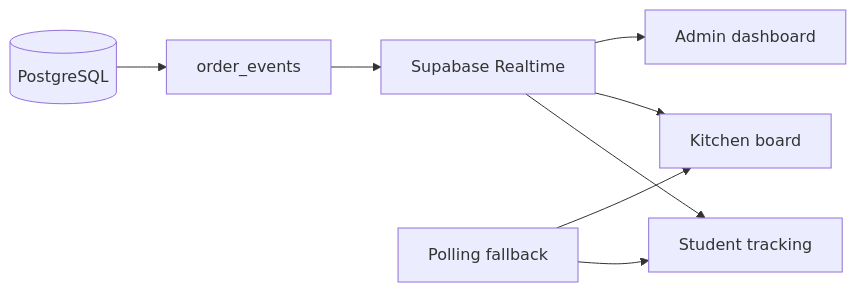
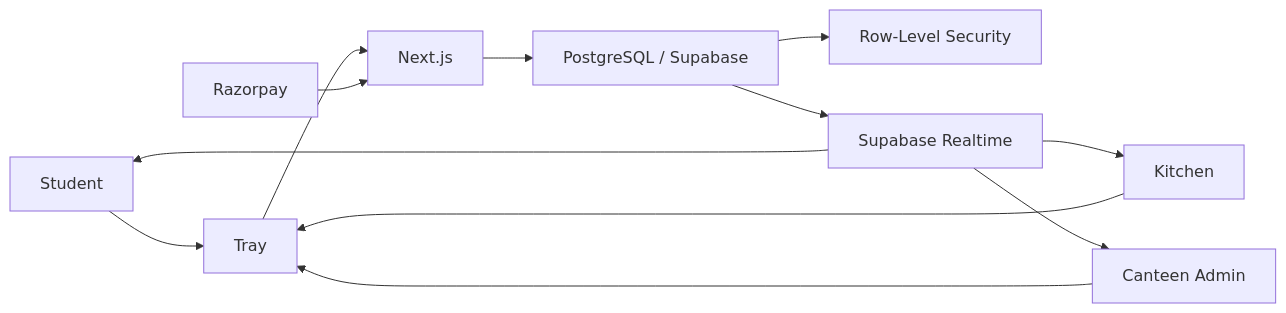
One commit to thribhuvan003/tray changed the first of 2 diagrams in README.md. Above: the diagram before and after it, drawn with Mermaid. The commit also changed other lines of this file, not shown here.

````diff
--- a/README.md
+++ b/README.md
@@ -397,21 +47,18 @@
 ```mermaid
 flowchart LR
-    DB[("PostgreSQL")]
-    Events["order_events"]
-    Realtime["Supabase Realtime"]
+    Student["Student"] --> App["Tray"]
+    Kitchen["Kitchen"] --> App
+    Admin["Canteen Admin"] --> App
 
-    Student["Student tracking"]
-    Kitchen["Kitchen board"]
-    Admin["Admin dashboard"]
+    App --> Next["Next.js"]
+    Next --> DB["PostgreSQL / Supabase"]
 
-    DB --> Events
-    Events --> Realtime
+    DB --> RLS["Row-Level Security"]
+    DB --> Realtime["Supabase Realtime"]
+
+    Razorpay["Razorpay"] --> Next
 
     Realtime --> Student
     Realtime --> Kitchen
     Realtime --> Admin
-
-    Poll["Polling fallback"]
-    Poll --> Student
-    Poll --> Kitchen
 ```
````
